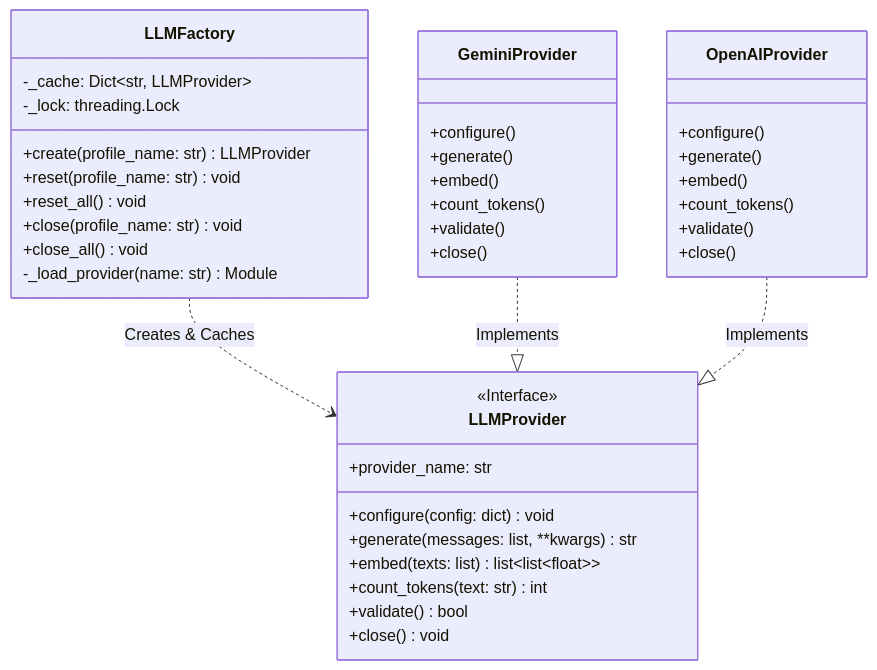
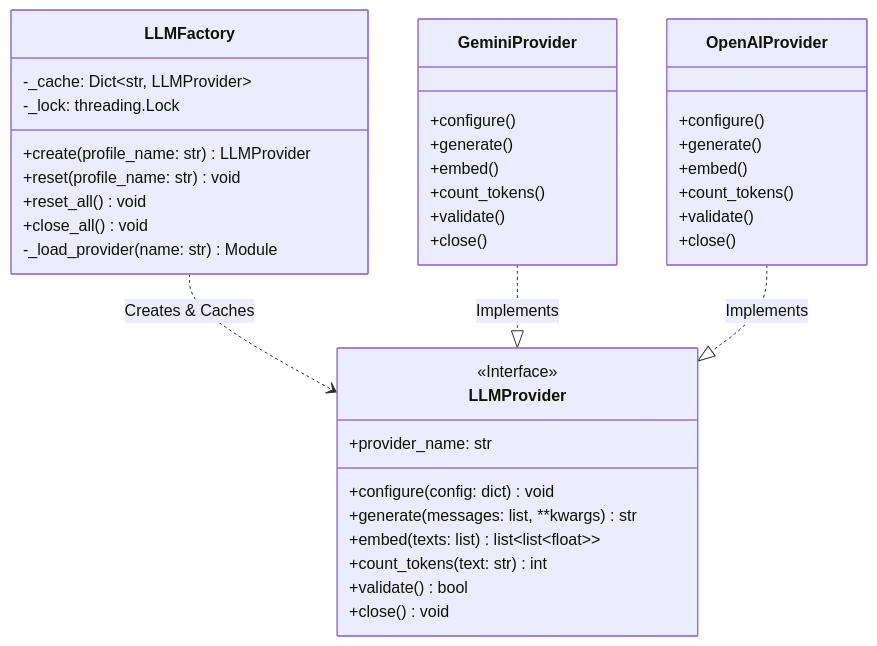
Before and after one commit to sbula/flowManager: the diagram in docs/specs/01_06_llm_binding_spec.md, drawn with Mermaid. The commit also changed other lines of this file and 1 other file, not shown here.

````diff
--- a/docs/specs/01_06_llm_binding_spec.md
+++ b/docs/specs/01_06_llm_binding_spec.md
@@ -25,46 +25,45 @@
 ```mermaid
 classDiagram
     class LLMFactory {
         +create(profile_name: str) LLMProvider
         +reset(profile_name: str) void
         +reset_all() void
-        +close(profile_name: str) void
         +close_all() void
         -_load_provider(name: str) Module
         -_cache: Dict~str, LLMProvider~
         -_lock: threading.Lock
     }
 
     class LLMProvider {
         <<Interface>>
         +provider_name: str
         +configure(config: dict) void
         +generate(messages: list, **kwargs) str
         +embed(texts: list) list~list~float~~
         +count_tokens(text: str) int
         +validate() bool
         +close() void
     }
 
     class GeminiProvider {
         +configure()
         +generate()
         +embed()
         +count_tokens()
         +validate()
         +close()
     }
 
     class OpenAIProvider {
         +configure()
         +generate()
         +embed()
         +count_tokens()
         +validate()
         +close()
     }
 
     LLMFactory ..> LLMProvider : Creates & Caches
     GeminiProvider ..|> LLMProvider : Implements
     OpenAIProvider ..|> LLMProvider : Implements
 ```
````
